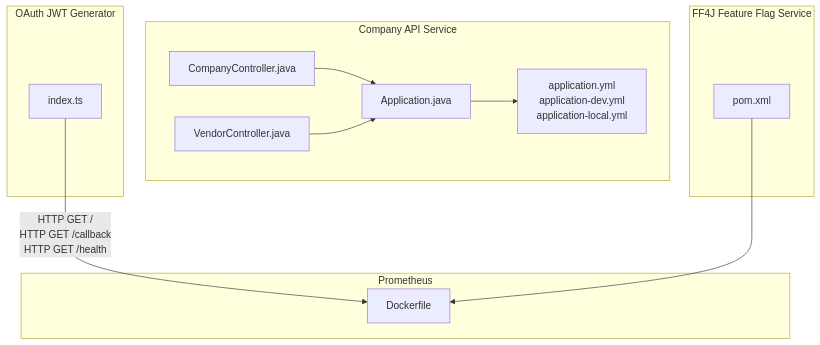
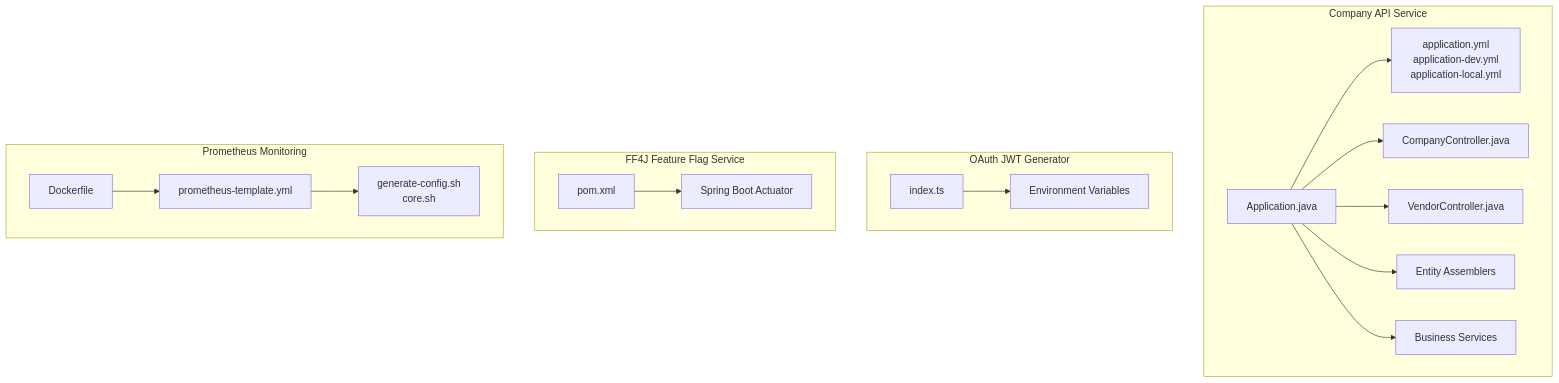
One commit to effinrich/rh-nx-monorepo changed the first of 8 diagrams in .qoder/repowiki/en/content/Backend Services.md. Above: the diagram before and after it, drawn with Mermaid. The commit also changed other lines of this file and 130 other files, not shown here.

````diff
--- a/.qoder/repowiki/en/content/Backend Services.md
+++ b/.qoder/repowiki/en/content/Backend Services.md
@@ -41,23 +61,33 @@
 ```mermaid
 graph TB
 subgraph "Company API Service"
 CA_App["Application.java"]
 CA_Config["application.yml<br/>application-dev.yml<br/>application-local.yml"]
 CA_CompanyCtrl["CompanyController.java"]
 CA_VendorCtrl["VendorController.java"]
+CA_Assemblers["Entity Assemblers"]
+CA_Services["Business Services"]
 end
 subgraph "OAuth JWT Generator"
 OJG_Index["index.ts"]
+OJG_Config["Environment Variables"]
 end
 subgraph "FF4J Feature Flag Service"
 FF4J_Pom["pom.xml"]
+FF4J_Actuator["Spring Boot Actuator"]
 end
-subgraph "Prometheus"
+subgraph "Prometheus Monitoring"
 PROM_Docker["Dockerfile"]
+PROM_Template["prometheus-template.yml"]
+PROM_Scripts["generate-config.sh<br/>core.sh"]
 end
 CA_App --> CA_Config
-CA_CompanyCtrl --> CA_App
-CA_VendorCtrl --> CA_App
-OJG_Index --> |"HTTP GET /<br/>HTTP GET /callback<br/>HTTP GET /health"| PROM_Docker
-FF4J_Pom --> PROM_Docker
+CA_App --> CA_CompanyCtrl
+CA_App --> CA_VendorCtrl
+CA_App --> CA_Assemblers
+CA_App --> CA_Services
+OJG_Index --> OJG_Config
+FF4J_Pom --> FF4J_Actuator
+PROM_Docker --> PROM_Template
+PROM_Template --> PROM_Scripts
 ```
````
